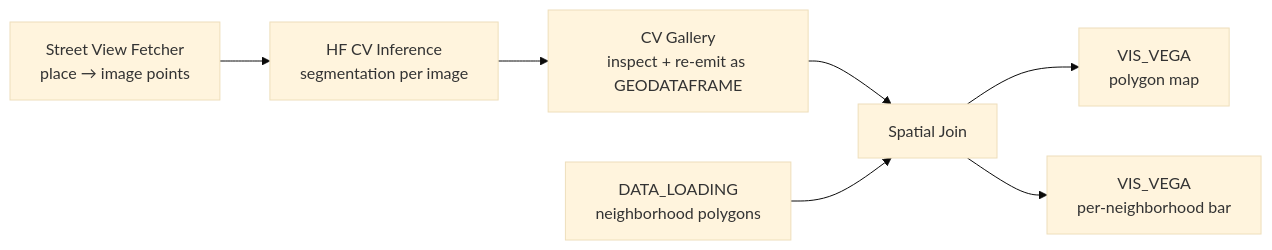
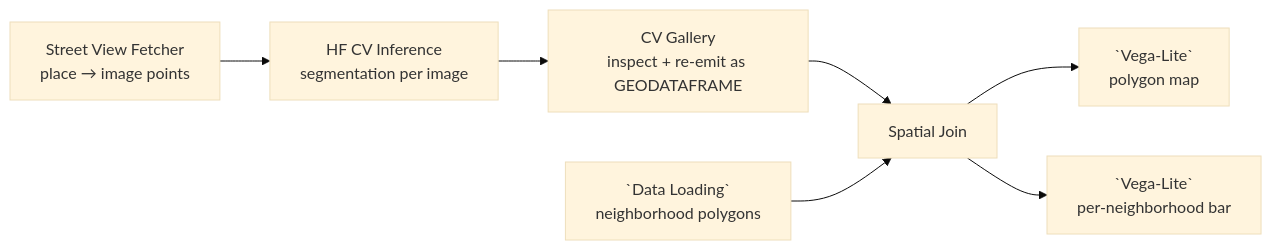
One commit to urban-toolkit/curio changed the diagram in docs/examples/10-street-vision-cv-analysis.md. Above: the diagram before and after it, drawn with Mermaid (base theme). The commit also changed other lines of this file and 11 other files, not shown here.

````diff
--- a/docs/examples/10-street-vision-cv-analysis.md
+++ b/docs/examples/10-street-vision-cv-analysis.md
@@ -13,12 +13,12 @@
 ```mermaid
 flowchart LR
   F[Street View Fetcher<br/>place → image points]
   I[HF CV Inference<br/>segmentation per image]
   G[CV Gallery<br/>inspect + re-emit as GEODATAFRAME]
-  L[DATA_LOADING<br/>neighborhood polygons]
+  L[`Data Loading`<br/>neighborhood polygons]
 
   F --> I --> G --> SJ[Spatial Join]
   L --> SJ
-  SJ --> V1[VIS_VEGA<br/>polygon map]
-  SJ --> V2[VIS_VEGA<br/>per-neighborhood bar]
+  SJ --> V1[`Vega-Lite`<br/>polygon map]
+  SJ --> V2[`Vega-Lite`<br/>per-neighborhood bar]
 ```
````
